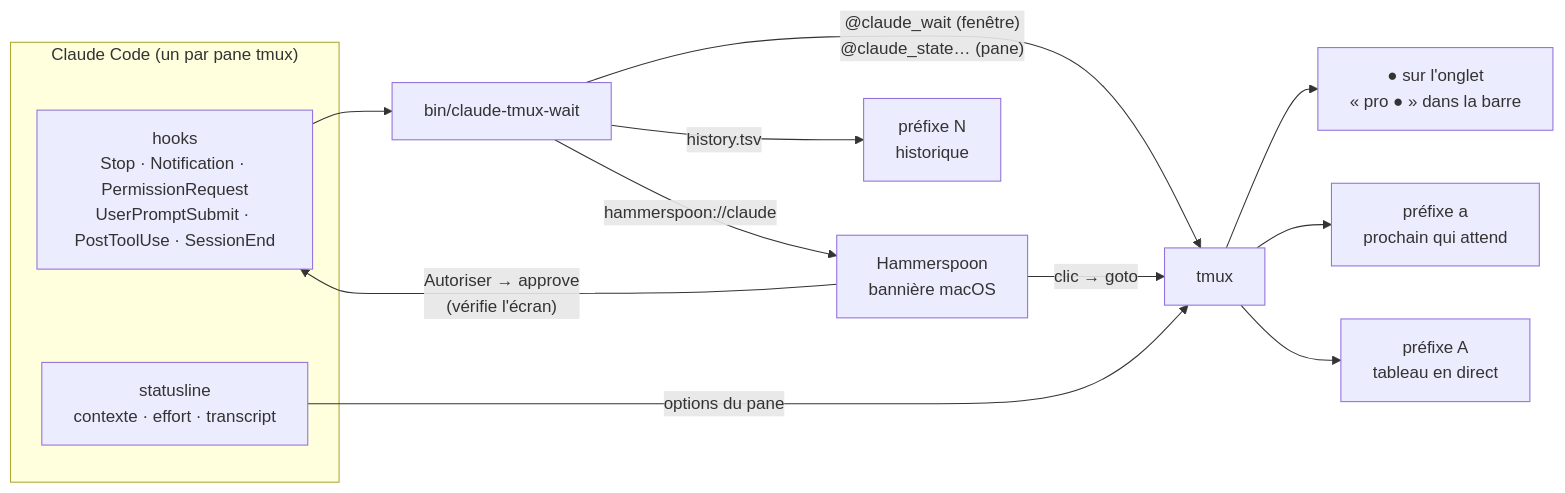
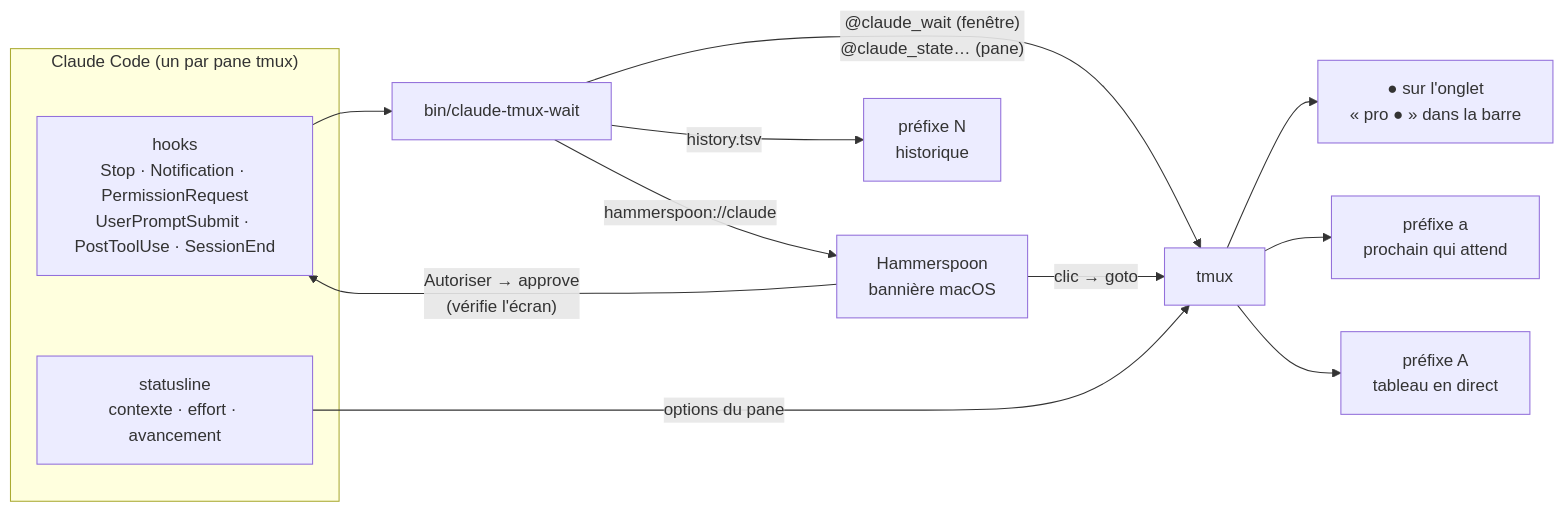
One commit to Skayfa/dotfiles changed the sixth of 7 diagrams in ARCHITECTURE.md. Above: the diagram before and after it, drawn with Mermaid. The commit also changed other lines of this file and 11 other files, not shown here.

````diff
--- a/ARCHITECTURE.md
+++ b/ARCHITECTURE.md
@@ -163,18 +163,18 @@
 ```mermaid
 flowchart LR
     subgraph cc["Claude Code (un par pane tmux)"]
         H["hooks<br/>Stop · Notification · PermissionRequest<br/>UserPromptSubmit · PostToolUse · SessionEnd"]
-        SL["statusline<br/>contexte · effort · transcript"]
+        SL["statusline<br/>contexte · effort · avancement"]
     end
     W["bin/claude-tmux-wait"]
     H --> W
     SL -- "options du pane" --> PANE
     W -- "@claude_wait (fenêtre)<br/>@claude_state… (pane)" --> PANE["tmux"]
     PANE --> TAB["● sur l'onglet<br/>« pro ● » dans la barre"]
     PANE --> NEXT["préfixe a<br/>prochain qui attend"]
     PANE --> BOARD["préfixe A<br/>tableau en direct"]
     W -- "history.tsv" --> HIST["préfixe N<br/>historique"]
     W -- "hammerspoon://claude" --> HS["Hammerspoon<br/>bannière macOS"]
     HS -- "clic → goto" --> PANE
     HS -- "Autoriser → approve<br/>(vérifie l'écran)" --> H
 ```
````
